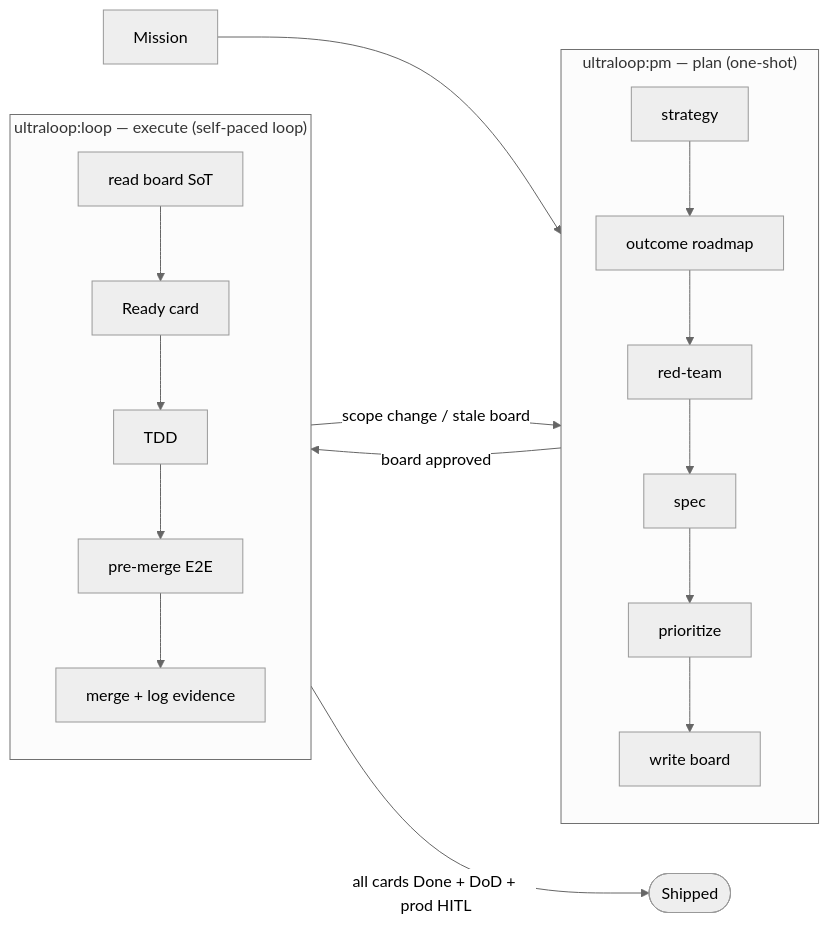
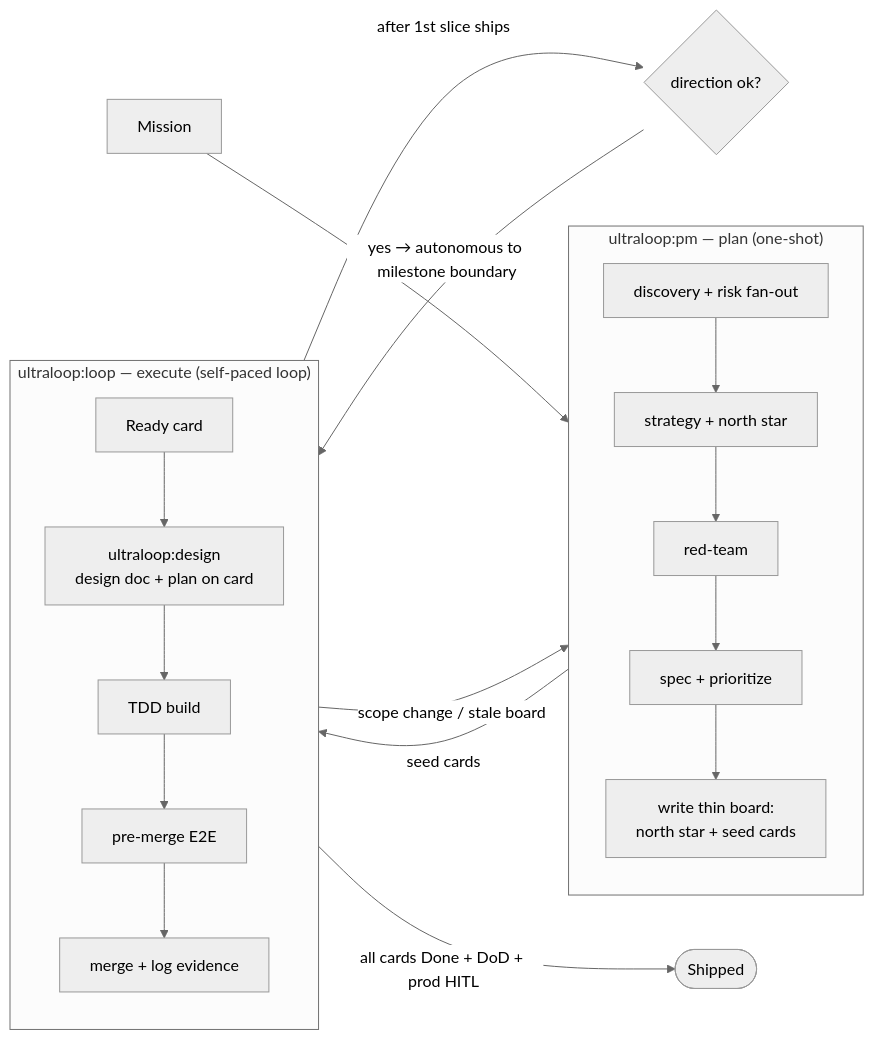
Before and after one commit to kimimgo/ultraloop: the first of 4 diagrams in README.md, drawn with Mermaid (neutral theme). The commit also changed other lines of this file and 42 other files, not shown here.

````diff
--- a/README.md
+++ b/README.md
@@ -123,15 +139,17 @@
 ```mermaid
 flowchart LR
     M[Mission] --> PM
     subgraph PM["ultraloop:pm — plan (one-shot)"]
       direction TB
-      P1[strategy] --> P2[outcome roadmap] --> P3[red-team] --> P4[spec] --> P5[prioritize] --> P6[write board]
+      P1[discovery + risk fan-out] --> P2[strategy + north star] --> P3[red-team] --> P4[spec + prioritize] --> P5[write thin board:<br/>north star + seed cards]
     end
-    PM -->|board approved| B
+    PM -->|seed cards| B
     subgraph B["ultraloop:loop — execute (self-paced loop)"]
       direction TB
-      B1[read board SoT] --> B2[Ready card] --> B3[TDD] --> B4[pre-merge E2E] --> B5[merge + log evidence]
+      B1[Ready card] --> B2["ultraloop:design<br/>design doc + plan on card"] --> B3[TDD build] --> B4[pre-merge E2E] --> B5[merge + log evidence]
     end
+    B -->|after 1st slice ships| REV{direction ok?}
+    REV -->|yes → autonomous to milestone boundary| B
     B -->|scope change / stale board| PM
     B -->|all cards Done + DoD + prod HITL| Z([Shipped])
 ```
````
